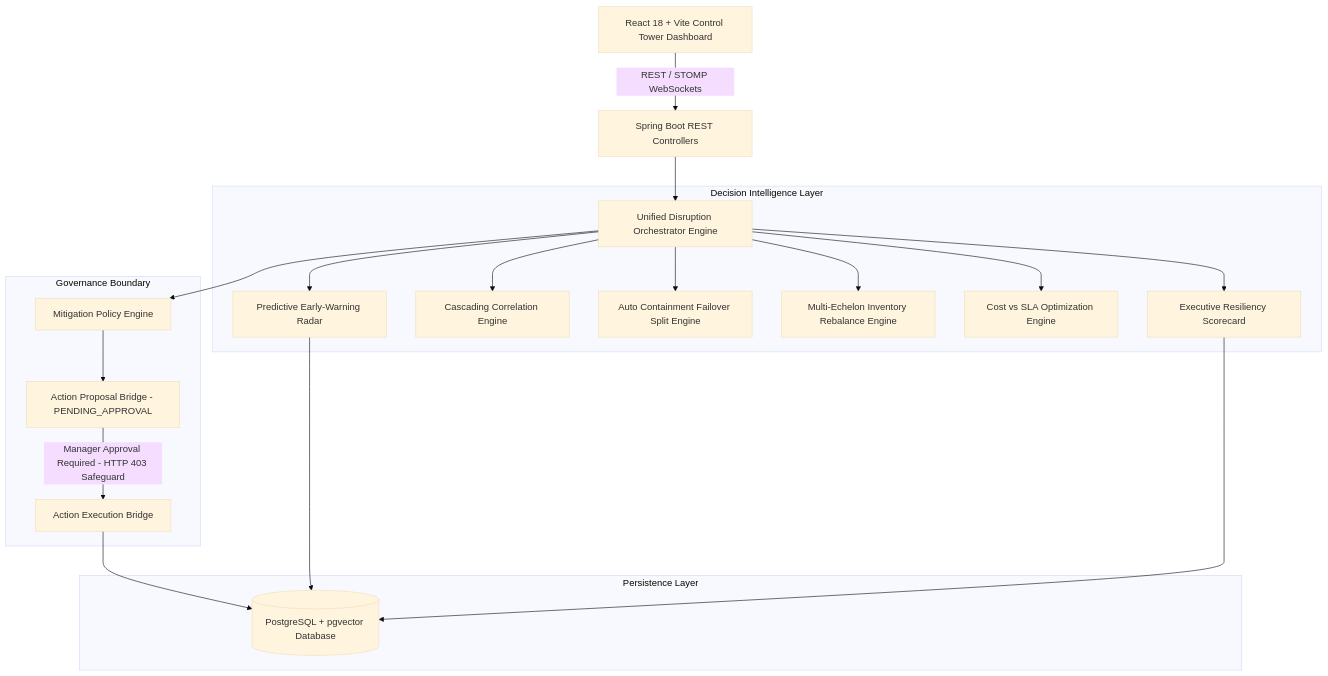
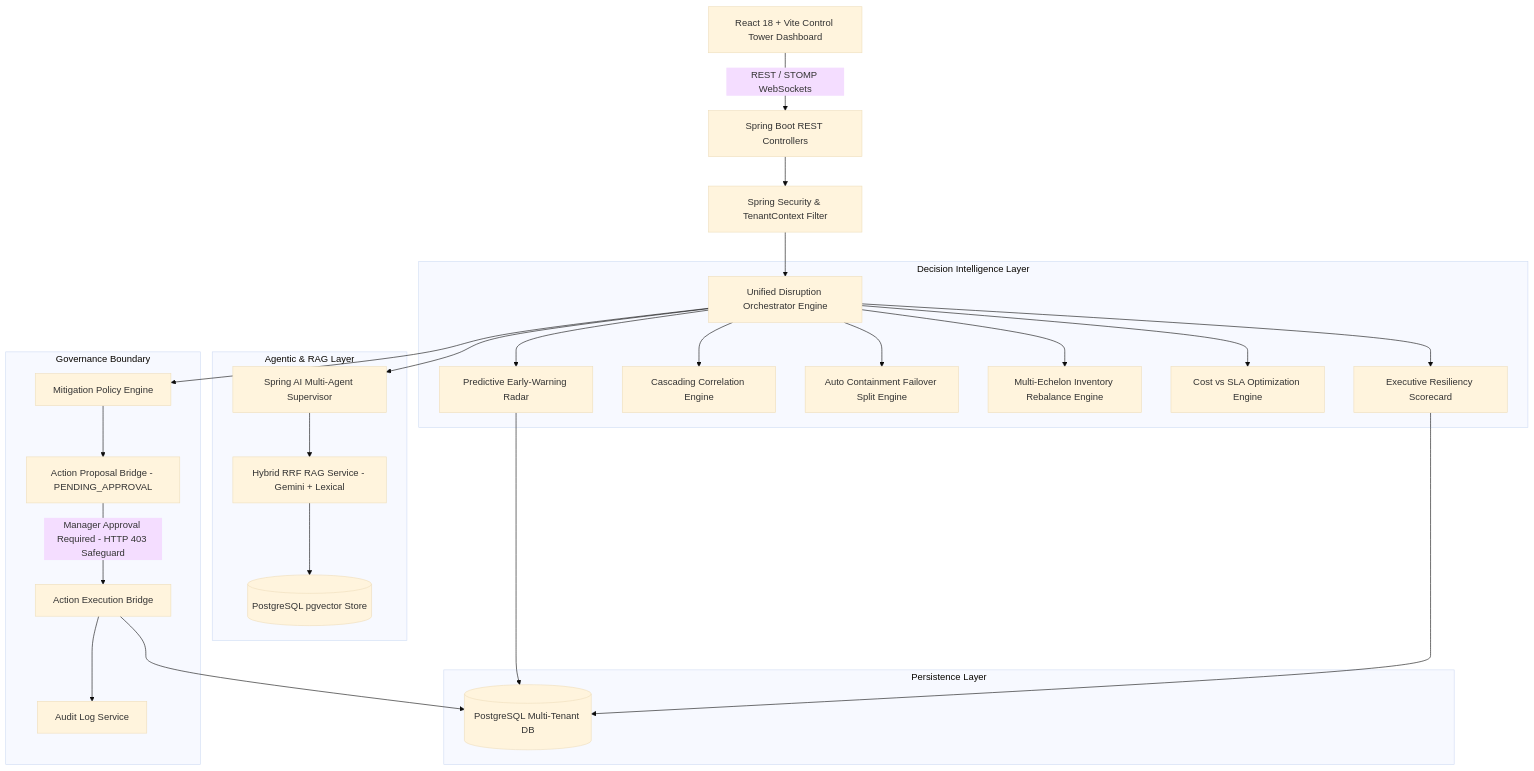
One commit to Arnavnandi/ai-supply-chain-control-tower changed the diagram in README.md. Above: the diagram before and after it, drawn with Mermaid (base theme). The commit also changed other lines of this file and 14 other files, not shown here.

Commit message:
feat(staging): improve UI reliability and update architecture docs

````diff
--- a/README.md
+++ b/README.md
@@ -34,26 +44,34 @@
 ```mermaid
 graph TD
     Client[React 18 + Vite Control Tower Dashboard] -->|REST / STOMP WebSockets| Controller[Spring Boot REST Controllers]
-    Controller --> Orchestrator[Unified Disruption Orchestrator Engine]
+    Controller --> Security[Spring Security & TenantContext Filter]
+    Security --> Orchestrator[Unified Disruption Orchestrator Engine]
 
     subgraph Decision Intelligence Layer
         Orchestrator --> Radar[Predictive Early-Warning Radar]
         Orchestrator --> Cascade[Cascading Correlation Engine]
         Orchestrator --> Failover[Auto Containment Failover Split Engine]
         Orchestrator --> Rebalance[Multi-Echelon Inventory Rebalance Engine]
         Orchestrator --> CostSLA[Cost vs SLA Optimization Engine]
         Orchestrator --> Scorecard[Executive Resiliency Scorecard]
     end
 
+    subgraph Agentic & RAG Layer
+        Orchestrator --> AgentRouter[Spring AI Multi-Agent Supervisor]
+        AgentRouter --> RAG[Hybrid RRF RAG Service - Gemini + Lexical]
+        RAG --> PgVector[(PostgreSQL pgvector Store)]
+    end
+
     subgraph Governance Boundary
         Orchestrator --> Policy[Mitigation Policy Engine]
         Policy --> Bridge[Action Proposal Bridge - PENDING_APPROVAL]
         Bridge -->|Manager Approval Required - HTTP 403 Safeguard| ExecBridge[Action Execution Bridge]
+        ExecBridge --> Audit[Audit Log Service]
     end
 
     subgraph Persistence Layer
-        ExecBridge --> DB[(PostgreSQL + pgvector Database)]
+        ExecBridge --> DB[(PostgreSQL Multi-Tenant DB)]
         Radar --> DB
         Scorecard --> DB
     end
 ```
````
